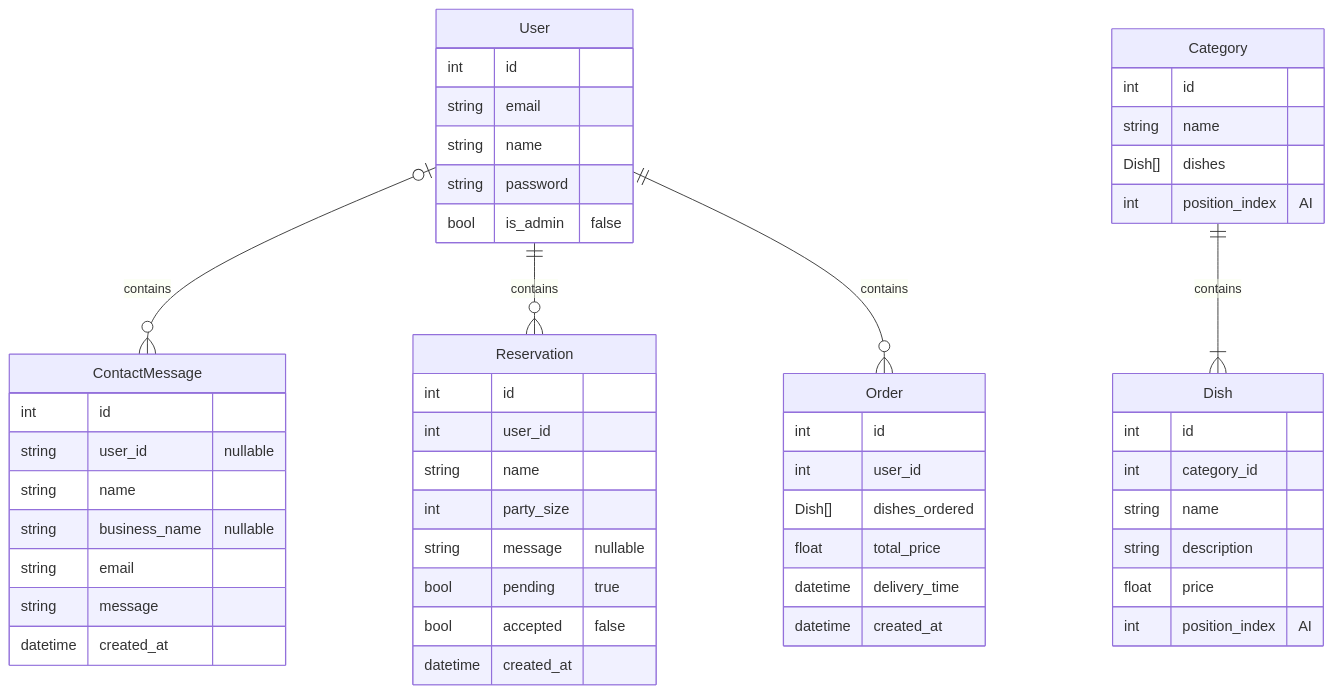
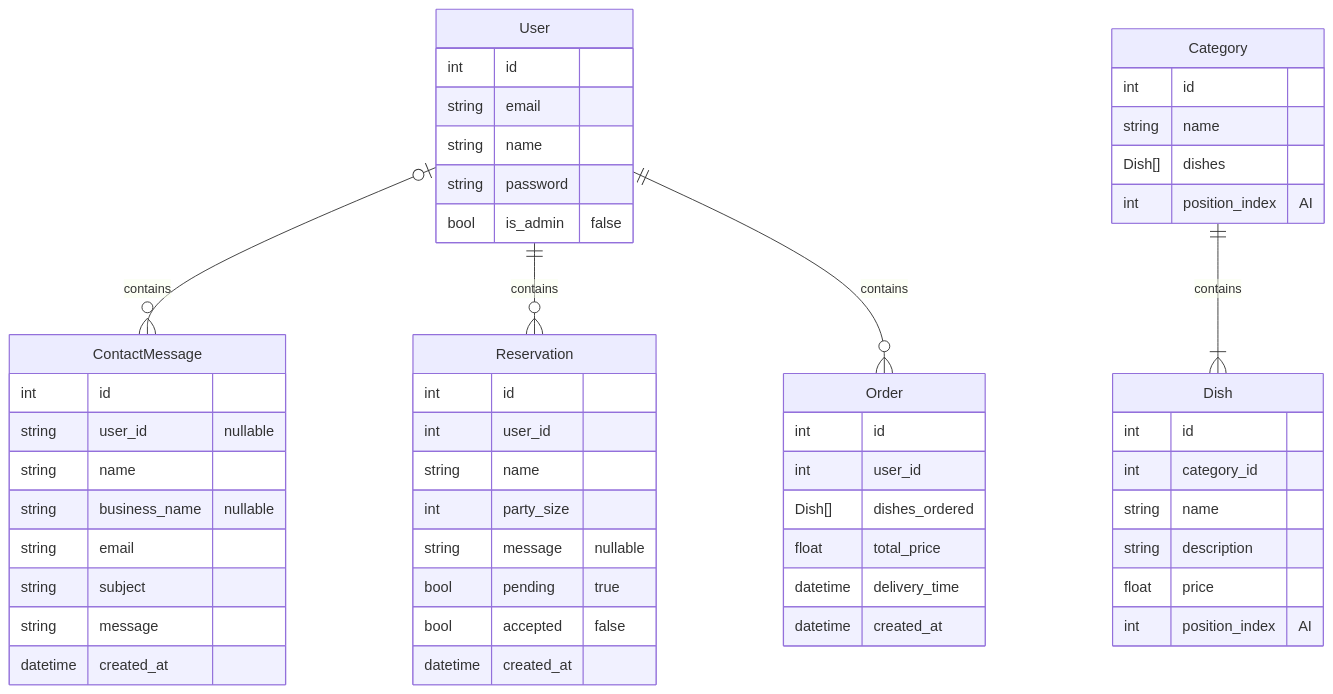
One commit to Rutger505/cafe-pronk-backend changed the diagram in docs/sdd.md. Above: the diagram before and after it, drawn with Mermaid. The commit also changed 4 other files, not shown here.

````diff
--- a/docs/sdd.md
+++ b/docs/sdd.md
@@ -7,62 +7,63 @@
 ```mermaid
 erDiagram
     User {
         int id
         string email
         string name
         string password
         bool is_admin "false"
     }
     
     User |o--o{ ContactMessage: contains
     User ||--o{ Reservation: contains
     User ||--o{ Order: contains
 
     ContactMessage {
         int id
         string user_id "nullable"
         string name
         string business_name "nullable"
         string email
+        string subject
         string message
         datetime created_at
     }
 
     Reservation {
         int id
         int user_id 
         string name
         int party_size
         string message "nullable"
         bool pending "true"
         bool accepted "false"
         datetime created_at
     }
     
     Order {
         int id
         int user_id
         Dish[] dishes_ordered
         float total_price
         datetime delivery_time
         datetime created_at
     }
 
     Category {
         int id
         string name
         Dish[] dishes
         int position_index "AI"
     }
 
     Category ||--|{ Dish: contains
  
     Dish {
         int id
         int category_id
         string name
         string description
         float price
         int position_index "AI"
     }
 ```
````
